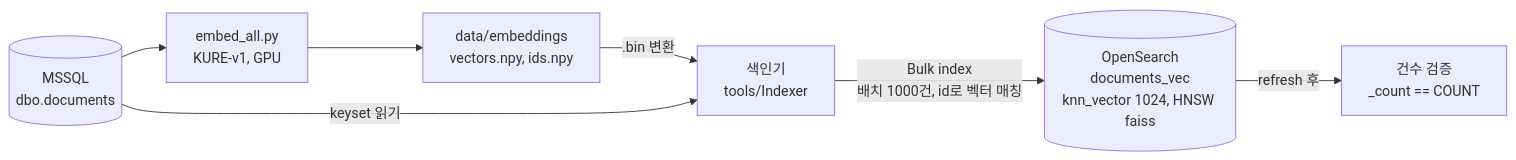
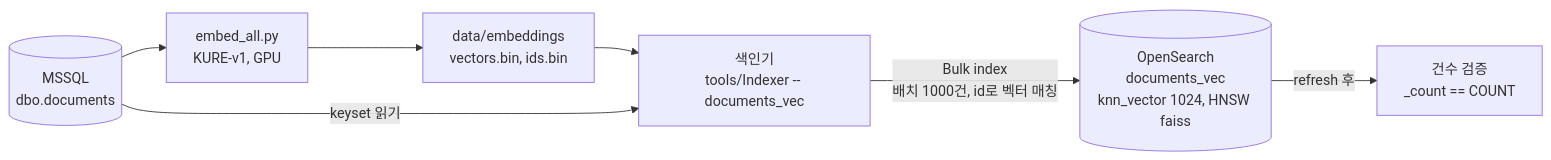
One commit to MNlightt/korean-search-api changed the second of 3 diagrams in README.md. Above: the diagram before and after it, drawn with Mermaid. The commit also changed other lines of this file and 2 other files, not shown here.

````diff
--- a/README.md
+++ b/README.md
@@ -95,9 +95,9 @@
 ```mermaid
 flowchart LR
     A[(MSSQL<br/>dbo.documents)] --> B[embed_all.py<br/>KURE-v1, GPU]
-    B --> C[data/embeddings<br/>vectors.npy, ids.npy]
-    C -->|.bin 변환| D[색인기<br/>tools/Indexer]
+    B --> C[data/embeddings<br/>vectors.bin, ids.bin]
+    C --> D[색인기<br/>tools/Indexer -- documents_vec]
     A -->|keyset 읽기| D
     D -->|Bulk index<br/>배치 1000건, id로 벡터 매칭| E[(OpenSearch<br/>documents_vec<br/>knn_vector 1024, HNSW faiss)]
     E -->|refresh 후| F[건수 검증<br/>_count == COUNT]
 ```
````
